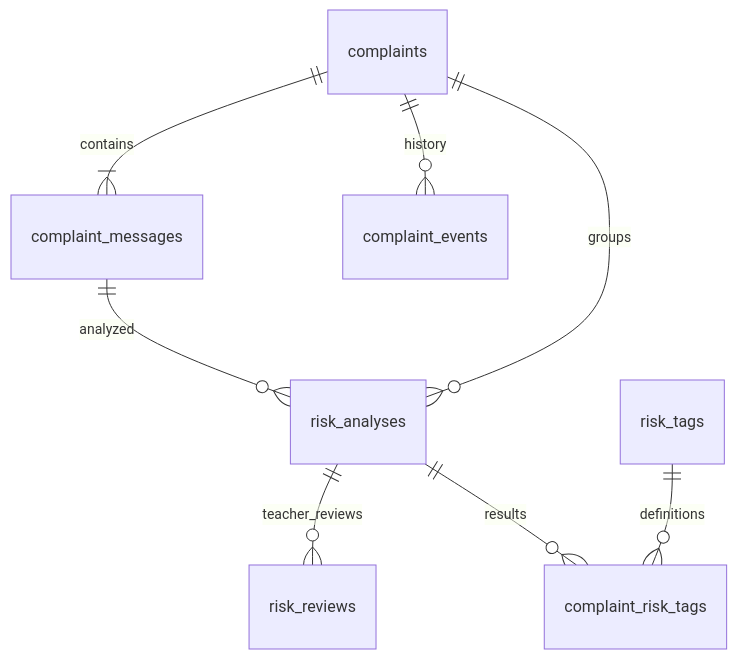
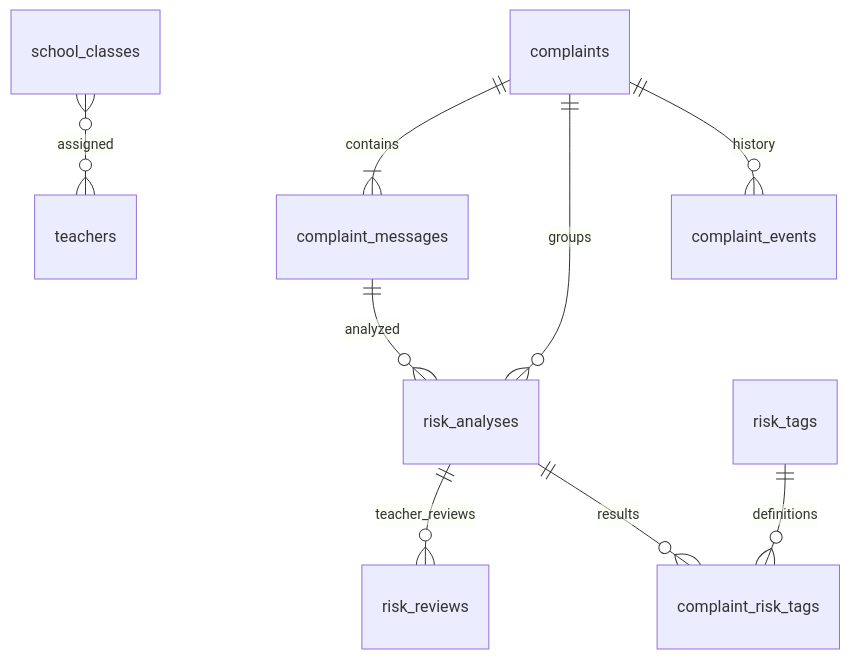
Before and after one commit to ai-sangsang-challenge-team4/Backend: the diagram in docs/risk-analysis-erd.md, drawn with Mermaid. The commit also changed other lines of this file and 30 other files, not shown here.

````diff
--- a/docs/risk-analysis-erd.md
+++ b/docs/risk-analysis-erd.md
@@ -3,10 +3,11 @@
 ```mermaid
 erDiagram
     complaints ||--|{ complaint_messages : contains
+    school_classes }o--o{ teachers : assigned
     complaint_messages ||--o{ risk_analyses : analyzed
     complaints ||--o{ risk_analyses : groups
     risk_analyses ||--o{ risk_reviews : teacher_reviews
     risk_analyses ||--o{ complaint_risk_tags : results
     risk_tags ||--o{ complaint_risk_tags : definitions
     complaints ||--o{ complaint_events : history
 ```
````
